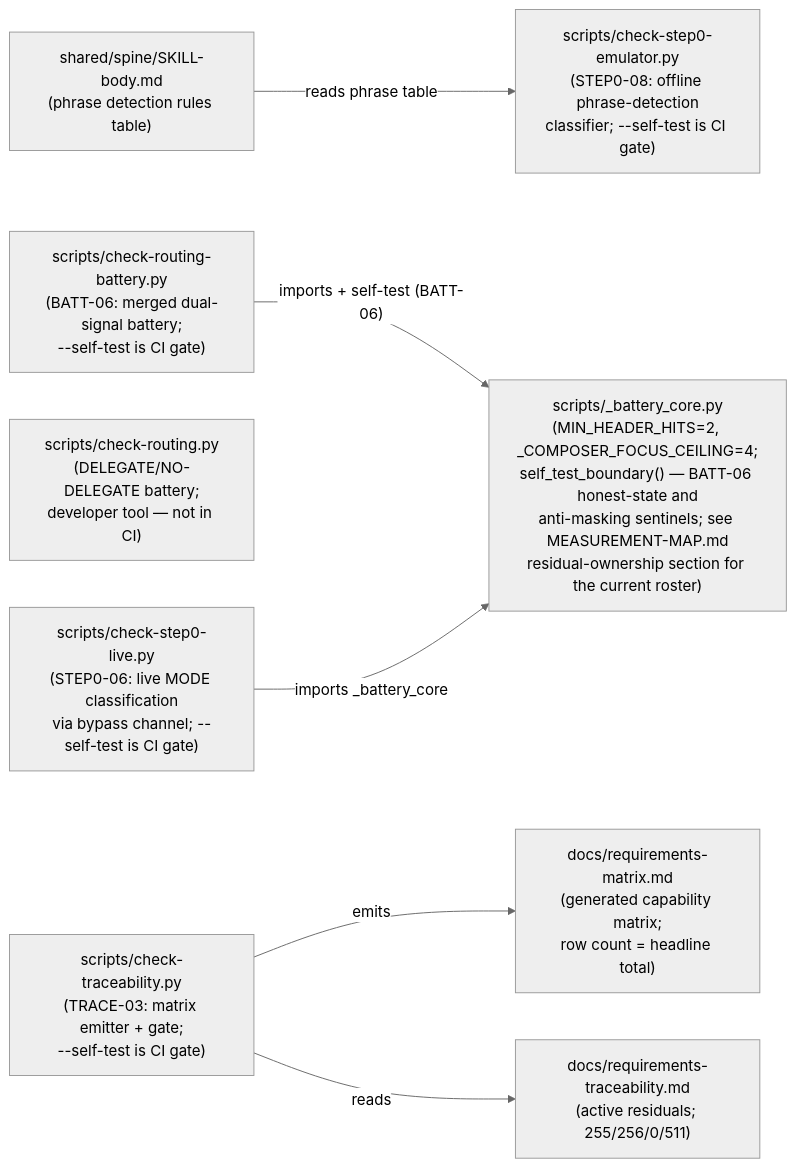
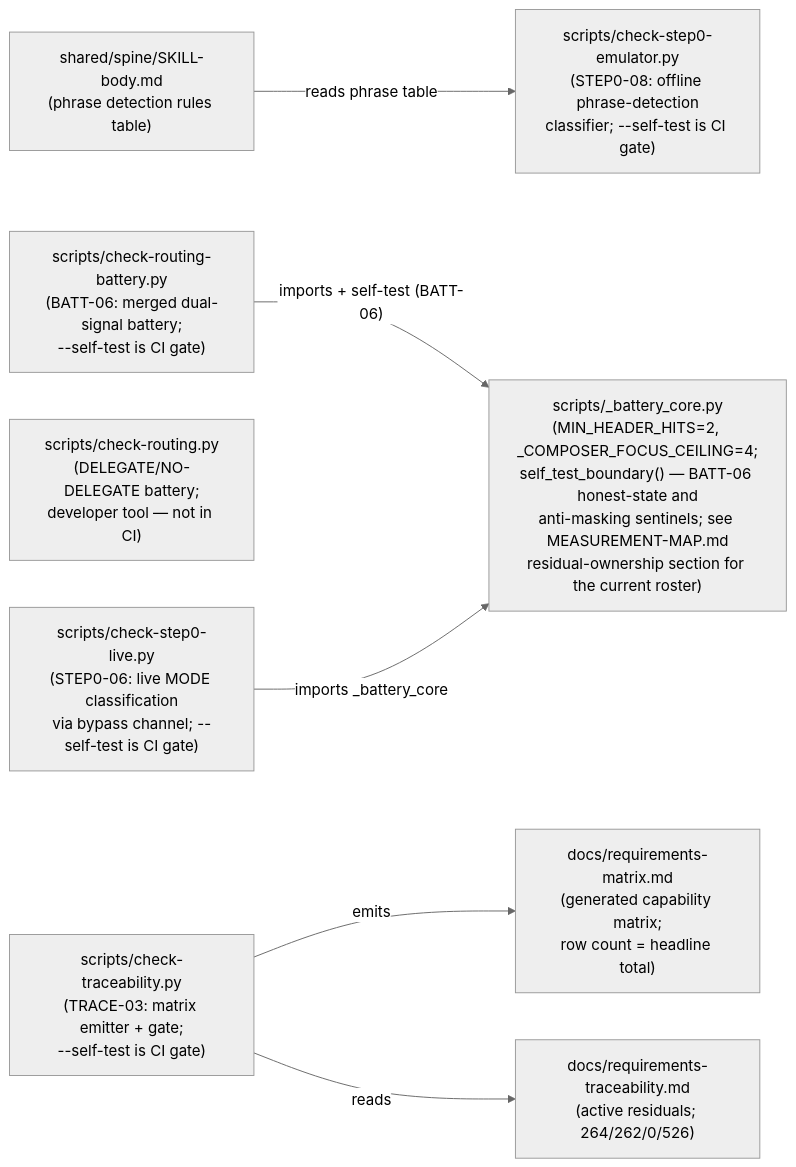
The second of 2 diagrams in docs/COMPONENT-DIAGRAM.md (chrisdavidson/first-principles-skill), drawn with Mermaid (neutral theme) before and after one commit. The commit also changed 42 other files, not shown here.

````diff
--- a/docs/COMPONENT-DIAGRAM.md
+++ b/docs/COMPONENT-DIAGRAM.md
@@ -84,24 +84,24 @@
 ```mermaid
 flowchart LR
     SKILLBODY["shared/spine/SKILL-body.md\n(phrase detection rules table)"]
 
     CORE["scripts/_battery_core.py\n(MIN_HEADER_HITS=2, _COMPOSER_FOCUS_CEILING=4;\nself_test_boundary() — BATT-06 honest-state and\nanti-masking sentinels; see MEASUREMENT-MAP.md\nresidual-ownership section for the current roster)"]
 
     BATT["scripts/check-routing-battery.py\n(BATT-06: merged dual-signal battery;\n--self-test is CI gate)"]
     ROUTING["scripts/check-routing.py\n(DELEGATE/NO-DELEGATE battery;\ndeveloper tool — not in CI)"]
 
     EMU["scripts/check-step0-emulator.py\n(STEP0-08: offline phrase-detection\nclassifier; --self-test is CI gate)"]
     LIVE["scripts/check-step0-live.py\n(STEP0-06: live MODE classification\nvia bypass channel; --self-test is CI gate)"]
 
     TRACE["scripts/check-traceability.py\n(TRACE-03: matrix emitter + gate;\n--self-test is CI gate)"]
     MATRIX["docs/requirements-matrix.md\n(generated capability matrix;\nrow count = headline total)"]
-    TRACEABILITY["docs/requirements-traceability.md\n(active residuals; 255/256/0/511)"]
+    TRACEABILITY["docs/requirements-traceability.md\n(active residuals; 264/262/0/526)"]
 
     SKILLBODY -->|"reads phrase table"| EMU
 
     BATT -->|"imports + self-test (BATT-06)"| CORE
     LIVE -->|"imports _battery_core"| CORE
 
     TRACE -->|"emits"| MATRIX
     TRACE -->|"reads"| TRACEABILITY
 ```
````
